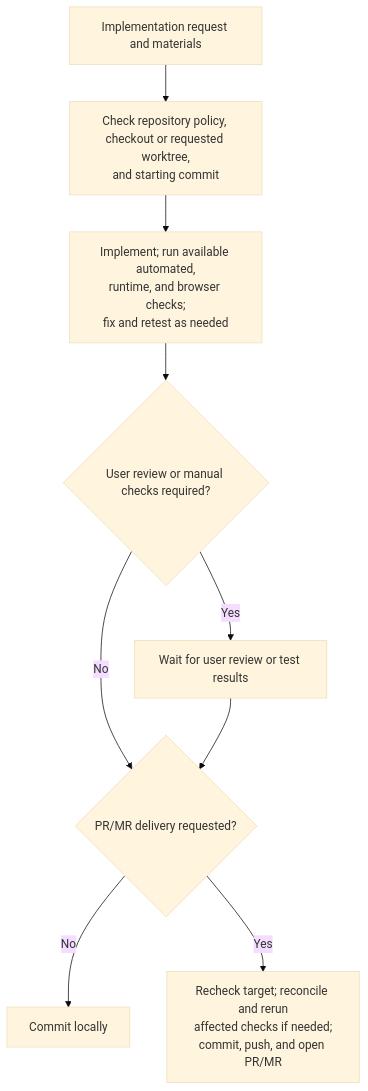
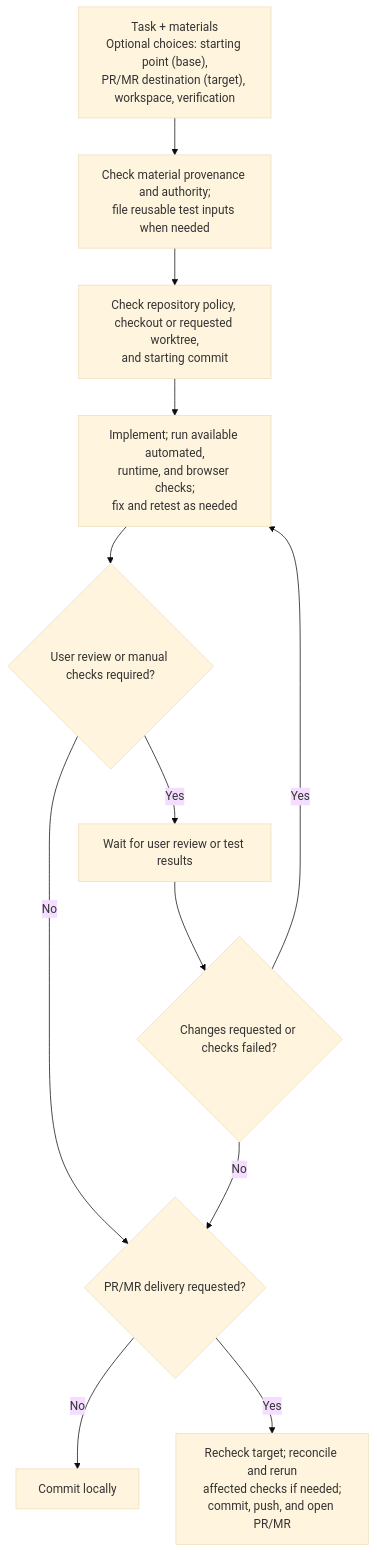
The second of 2 diagrams in README.md (sherrilla71940/dotfiles), drawn with Mermaid (base theme) before and after one commit. The commit also changed other lines of this file and 1 other file, not shown here.

````diff
--- a/README.md
+++ b/README.md
@@ -56,11 +55,14 @@
 ```mermaid
 flowchart TB
-    request["Implementation request and materials"] --> workspace["Check repository policy, checkout or requested worktree,<br/>and starting commit"]
+    request["Task + materials<br/>Optional choices: starting point (base),<br/>PR/MR destination (target), workspace, verification"] --> materials["Check material provenance and authority;<br/>file reusable test inputs when needed"]
+    materials --> workspace["Check repository policy, checkout or requested worktree,<br/>and starting commit"]
     workspace --> work["Implement; run available automated,<br/>runtime, and browser checks;<br/>fix and retest as needed"]
     work --> gate{"User review or manual checks required?"}
     gate -->|Yes| user["Wait for user review or test results"]
     gate -->|No| delivery{"PR/MR delivery requested?"}
-    user --> delivery
+    user --> feedback{"Changes requested or checks failed?"}
+    feedback -->|Yes| work
+    feedback -->|No| delivery
     delivery -->|No| local["Commit locally"]
     delivery -->|Yes| publish["Recheck target; reconcile and rerun<br/>affected checks if needed;<br/>commit, push, and open PR/MR"]
 ```
````
